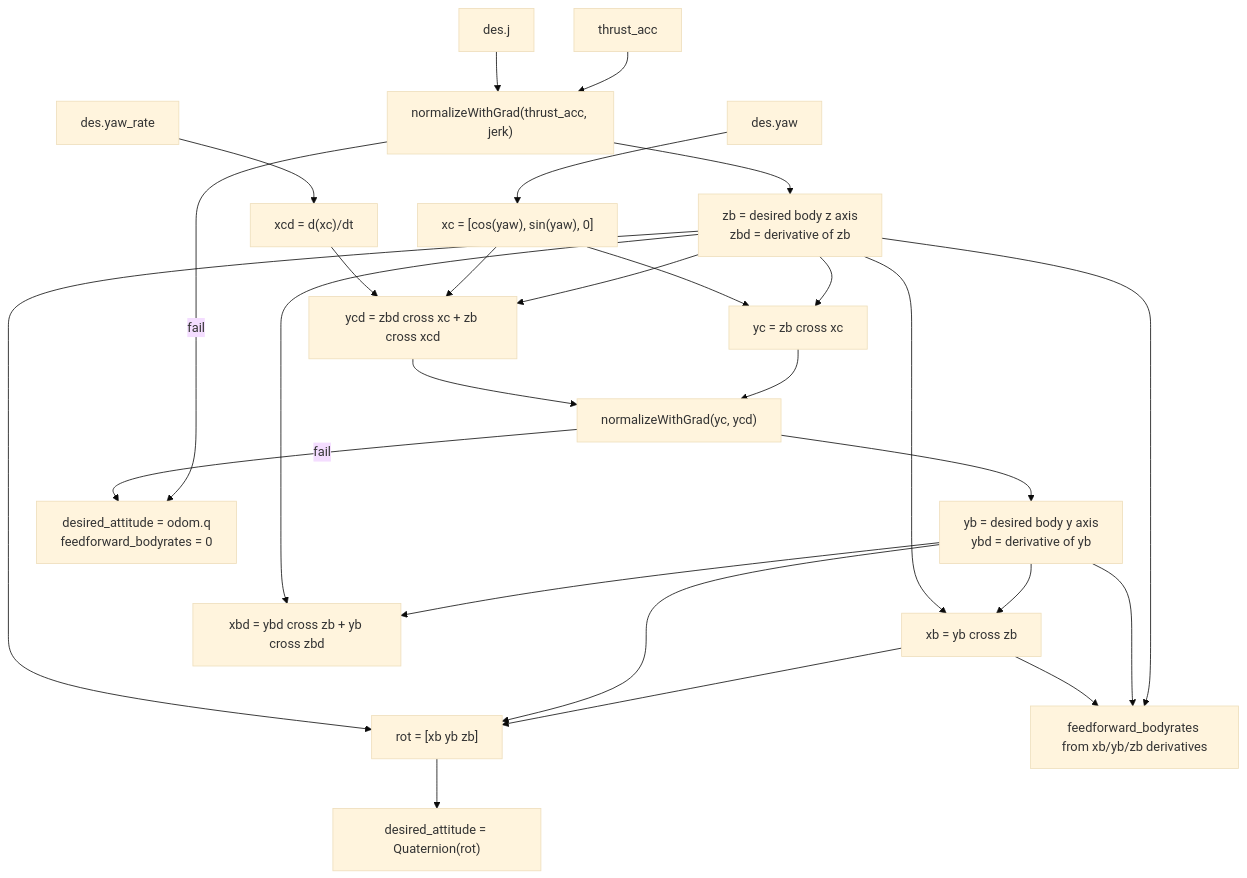
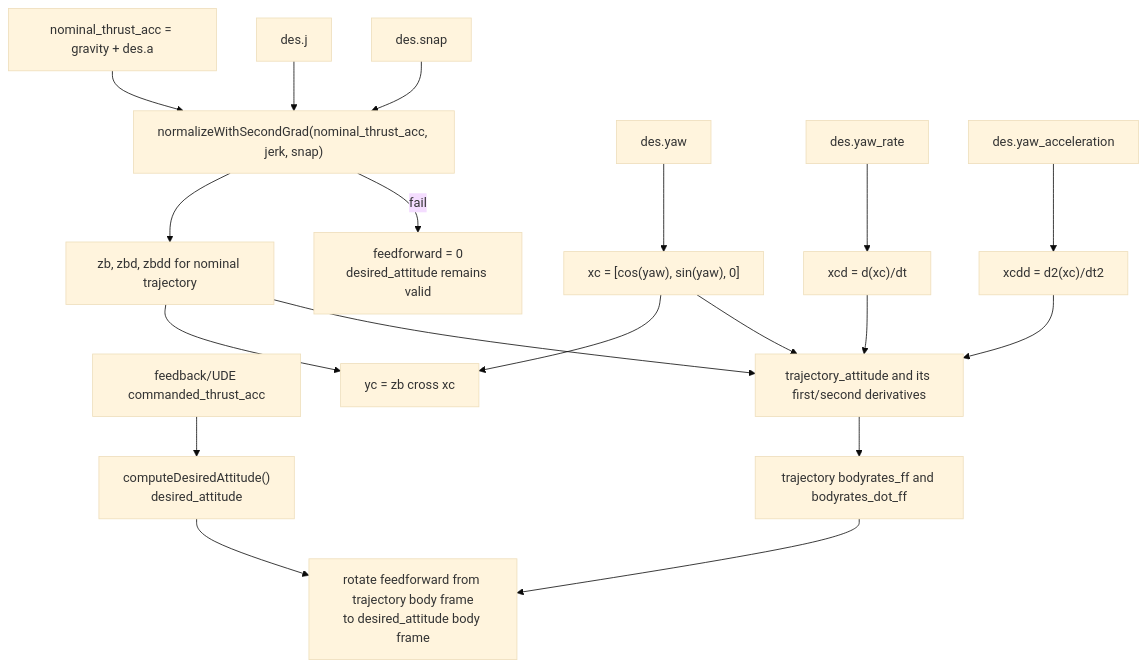
Before and after one commit to fd3s1/lerobot: the fourth of 8 diagrams in ref_code/vla_px4ctrl_ros2/src/px4ctrl/docs/controller_data_flow.md, drawn with Mermaid (base theme). The commit also changed other lines of this file and 54 other files, not shown here.

````diff
--- a/ref_code/vla_px4ctrl_ros2/src/px4ctrl/docs/controller_data_flow.md
+++ b/ref_code/vla_px4ctrl_ros2/src/px4ctrl/docs/controller_data_flow.md
@@ -174,36 +197,26 @@
 ```mermaid
 flowchart TD
-  A["thrust_acc"] --> NZB["normalizeWithGrad(thrust_acc, jerk)"]
+  CMD_A["feedback/UDE commanded_thrust_acc"] --> CMD_ATT["computeDesiredAttitude()<br/>desired_attitude"]
+
+  A["nominal_thrust_acc = gravity + des.a"] --> NZB["normalizeWithSecondGrad(nominal_thrust_acc, jerk, snap)"]
   J["des.j"] --> NZB
-  NZB --> ZB["zb = desired body z axis<br/>zbd = derivative of zb"]
+  S["des.snap"] --> NZB
+  NZB --> ZB["zb, zbd, zbdd for nominal trajectory"]
 
   YAW["des.yaw"] --> XC["xc = [cos(yaw), sin(yaw), 0]"]
   YAWR["des.yaw_rate"] --> XCD["xcd = d(xc)/dt"]
+  YAWA["des.yaw_acceleration"] --> XCDD["xcdd = d2(xc)/dt2"]
 
   ZB --> YC["yc = zb cross xc"]
   XC --> YC
-  ZB --> YCD["ycd = zbd cross xc + zb cross xcd"]
-  XC --> YCD
-  XCD --> YCD
+  ZB --> TRAJ_ROT["trajectory_attitude and its first/second derivatives"]
+  XC --> TRAJ_ROT
+  XCD --> TRAJ_ROT
+  XCDD --> TRAJ_ROT
+  TRAJ_ROT --> FF["trajectory bodyrates_ff and bodyrates_dot_ff"]
 
-  YC --> NYB["normalizeWithGrad(yc, ycd)"]
-  YCD --> NYB
-  NYB --> YB["yb = desired body y axis<br/>ybd = derivative of yb"]
+  CMD_ATT --> FRAME["rotate feedforward from trajectory body frame<br/>to desired_attitude body frame"]
+  FF --> FRAME
 
-  YB --> XB["xb = yb cross zb"]
-  ZB --> XB
-  YB --> XBD["xbd = ybd cross zb + yb cross zbd"]
-  ZB --> XBD
-
-  XB --> ROT["rot = [xb yb zb]"]
-  YB --> ROT
-  ZB --> ROT
-  ROT --> ATT["desired_attitude = Quaternion(rot)"]
-
-  ZB --> FF["feedforward_bodyrates from xb/yb/zb derivatives"]
-  YB --> FF
-  XB --> FF
-
-  NZB -- "fail" --> FALLBACK["desired_attitude = odom.q<br/>feedforward_bodyrates = 0"]
-  NYB -- "fail" --> FALLBACK
+  NZB -- "fail" --> FF_ZERO["feedforward = 0<br/>desired_attitude remains valid"]
 ```
````
